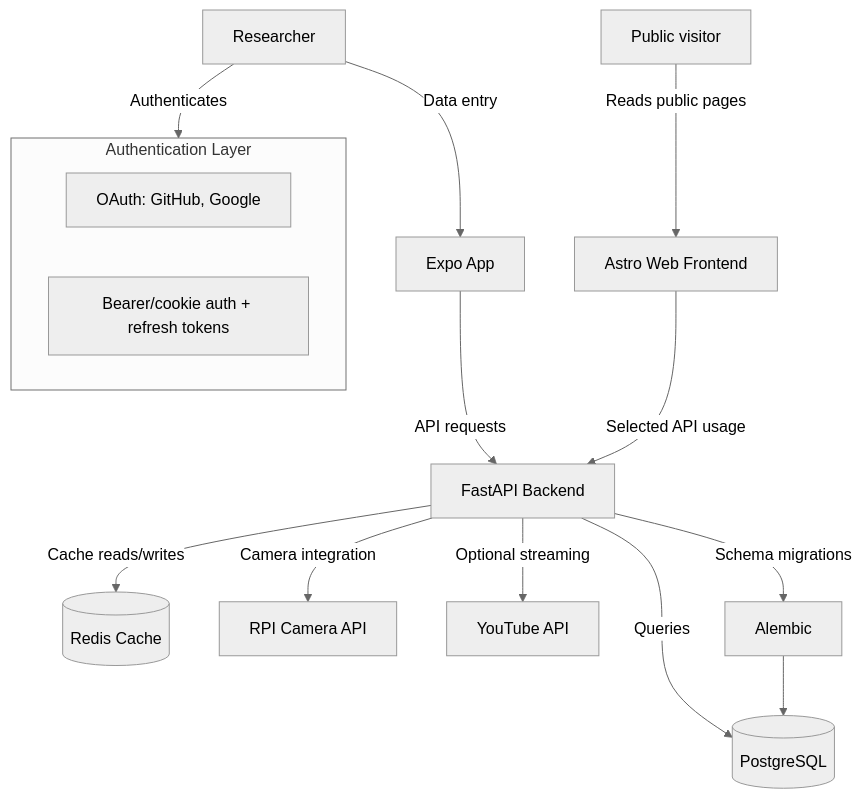
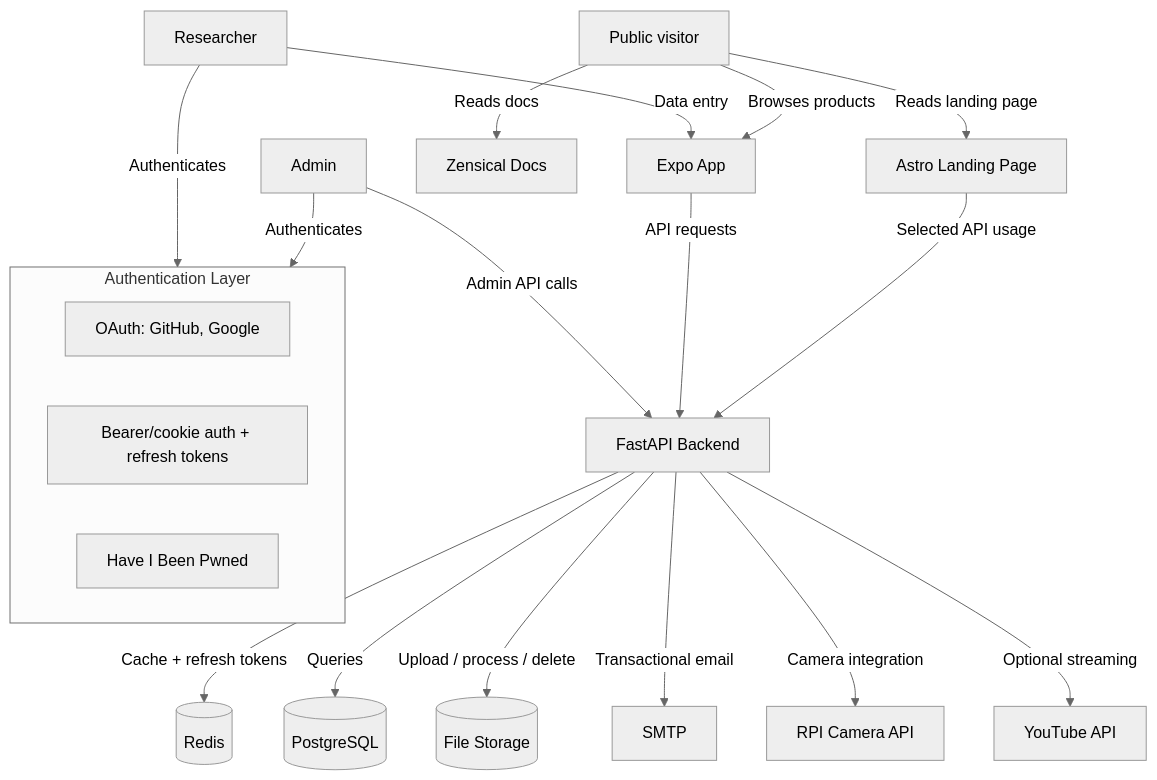
One commit to CMLPlatform/relab changed the first of 2 diagrams in docs/docs/architecture/system-design.md. Above: the diagram before and after it, drawn with Mermaid (neutral theme). The commit also changed other lines of this file and 4 other files, not shown here.

Commit message:
docs: update architecture docs and add C4 diagrams

````diff
--- a/docs/docs/architecture/system-design.md
+++ b/docs/docs/architecture/system-design.md
@@ -11,22 +11,27 @@
 ```mermaid
 graph TD
     Researcher[Researcher] -->|Data entry| FrontendApp[Expo App]
-    PublicUser[Public visitor] -->|Reads public pages| FrontendWeb[Astro Web Frontend]
+    PublicUser[Public visitor] -->|Browses products| FrontendApp
+    PublicUser -->|Reads landing page| FrontendWeb[Astro Landing Page]
+    PublicUser -->|Reads docs| Docs[Zensical Docs]
+    Admin[Admin] -->|Admin API calls| Backend[FastAPI Backend]
 
-    FrontendApp -->|API requests| Backend[FastAPI Backend]
+    FrontendApp -->|API requests| Backend
     FrontendWeb -->|Selected API usage| Backend
-    Backend -->|Cache reads/writes| Redis[(Redis Cache)]
+    Backend -->|Cache + refresh tokens| Redis[(Redis)]
     Backend -->|Queries| PostgreSQL[(PostgreSQL)]
+    Backend -->|Upload / process / delete| FileStorage[(File Storage)]
+    Backend -->|Transactional email| SMTP[SMTP]
 
     subgraph AuthenticationLayer [Authentication Layer]
         OAuthProviders[OAuth: GitHub, Google]
         AuthSystem[Bearer/cookie auth + refresh tokens]
+        HIBP[Have I Been Pwned]
     end
 
     Researcher -->|Authenticates| AuthenticationLayer
+    Admin -->|Authenticates| AuthenticationLayer
 
     Backend -->|Camera integration| RaspberryPi[RPI Camera API]
     Backend -->|Optional streaming| YouTube[YouTube API]
-    Backend -->|Schema migrations| Alembic[Alembic]
-    Alembic --> PostgreSQL
 ```
````
